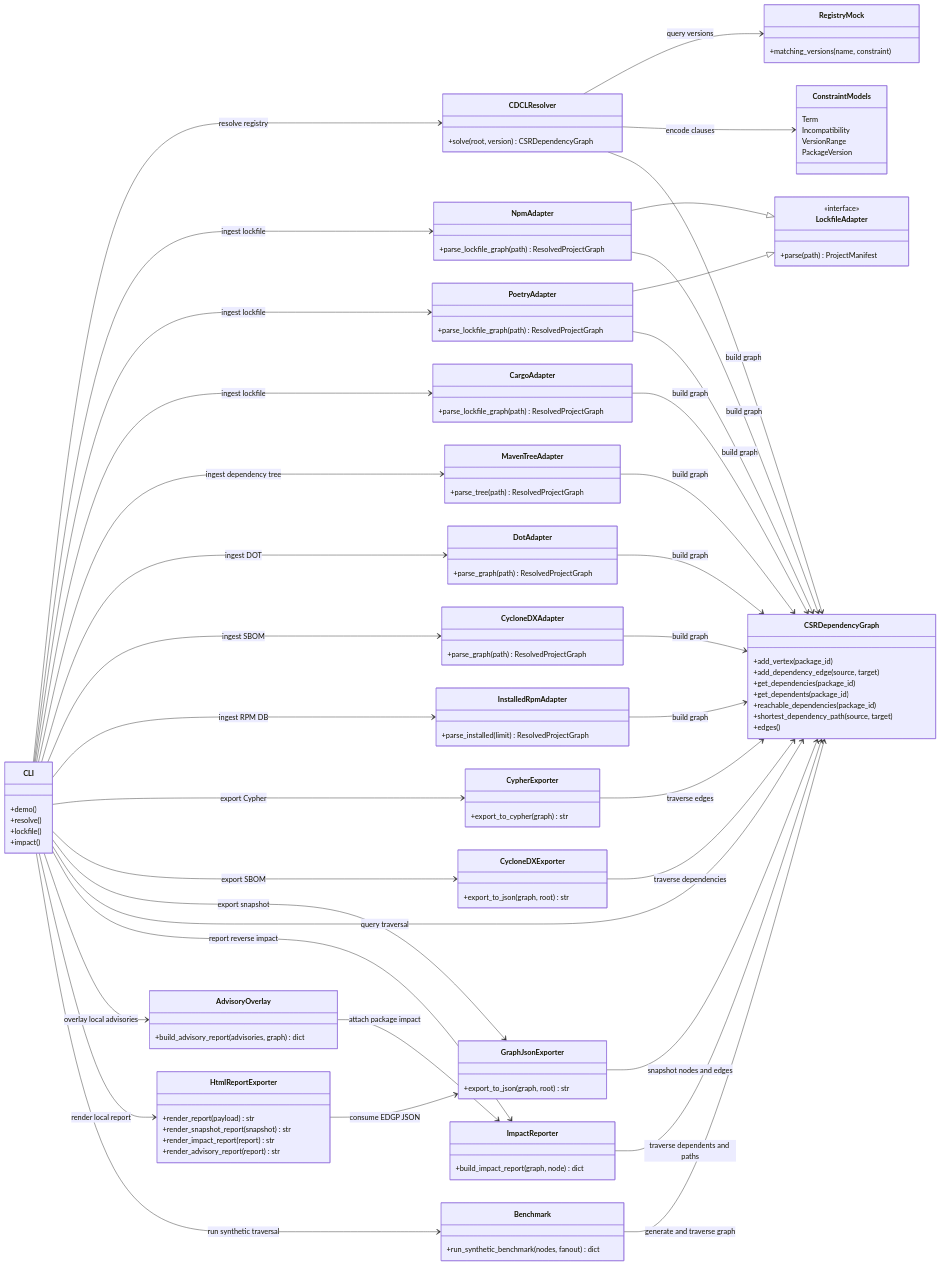
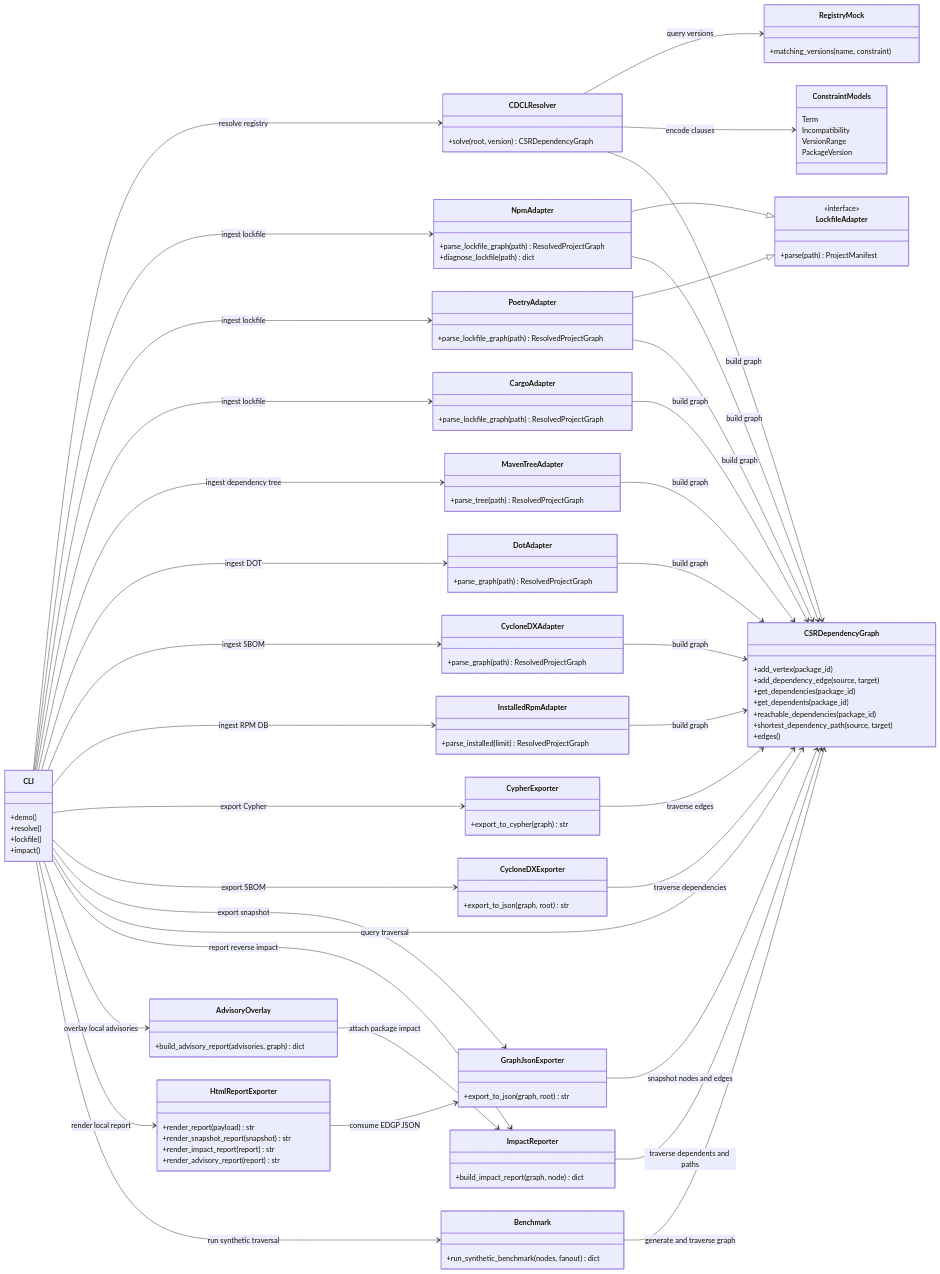
One commit to xsub/EnterpriseLinux-SoftwareSupplyChain changed the first of 2 diagrams in README.md. Above: the diagram before and after it, drawn with Mermaid. The commit also changed other lines of this file and 7 other files, not shown here.

Commit message:
Add npm lockfile path diagnostics

```diff
--- a/README.md
+++ b/README.md
@@ -168,6 +174,7 @@
 }
 class NpmAdapter {
   +parse_lockfile_graph(path) ResolvedProjectGraph
+  +diagnose_lockfile(path) dict
 }
 class PoetryAdapter {
   +parse_lockfile_graph(path) ResolvedProjectGraph
```
